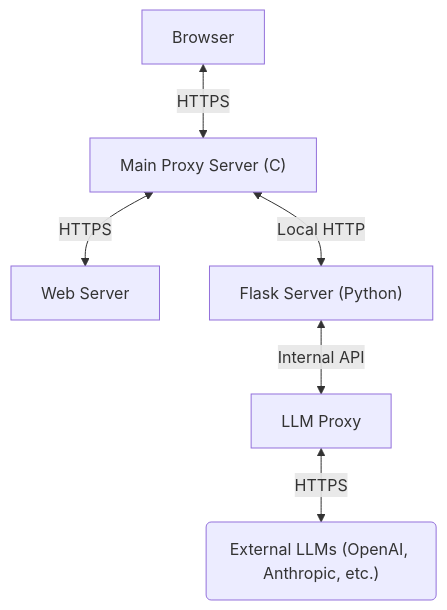
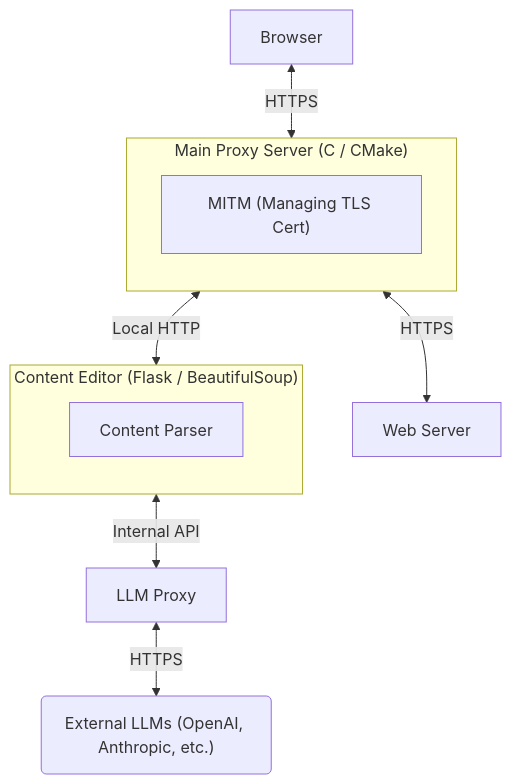
The diagram in projects/LLM Connected Proxy.md (larrison23/Personal-Website), drawn with Mermaid before and after one commit. The commit also changed other lines of this file and 1 other file, not shown here.

Commit message:
Java updates

````diff
--- a/projects/LLM Connected Proxy.md
+++ b/projects/LLM Connected Proxy.md
@@ -11,10 +11,24 @@
 ```mermaid
 flowchart TD
-	Browser["Browser"] <-->|"HTTPS"| Proxy["Main Proxy Server (C)"]
+	Browser["User Browser"]
+
+    subgraph C_Proxy ["Main Proxy Server (C / CMake)"]
+        direction TB
+        Interceptor["MITM (Managing TLS Cert)"]
+    end
+
+    subgraph Python ["Content Editor (Flask / BeautifulSoup)"]
+        direction TB
+        Parser["Content Parser"]
+    end
+
+    Browser["Browser"] <-->|"HTTPS"| Interceptor
 	
-	Proxy <-->|"HTTPS"| Server["Web Server"]
+	Interceptor <-->|"HTTPS"| Server["Web Server"]
 	
-	Proxy <-->|"Local HTTP"| FlaskApp["Flask Server (Python)"]
-	FlaskApp <-->|"Internal API"| LLMProxy["LLM Proxy"]
+	Interceptor <-->|"Local HTTP"| Parser
+    
+	Parser <-->|"Internal API"| LLMProxy["LLM Proxy"]
+
 	LLMProxy <--> |"HTTPS"|Modify("External LLMs (OpenAI, Anthropic, etc.)")
 ```
````
